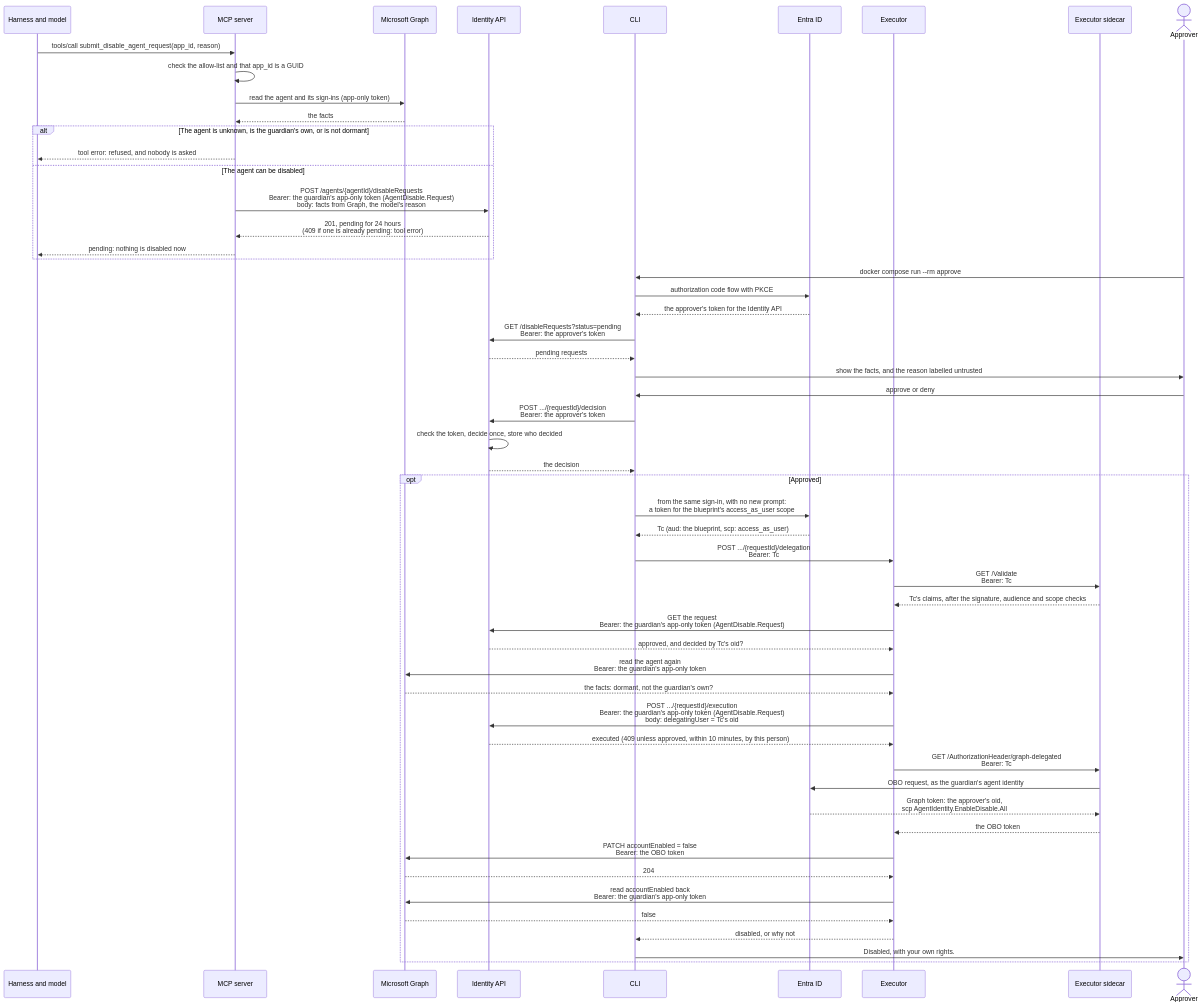
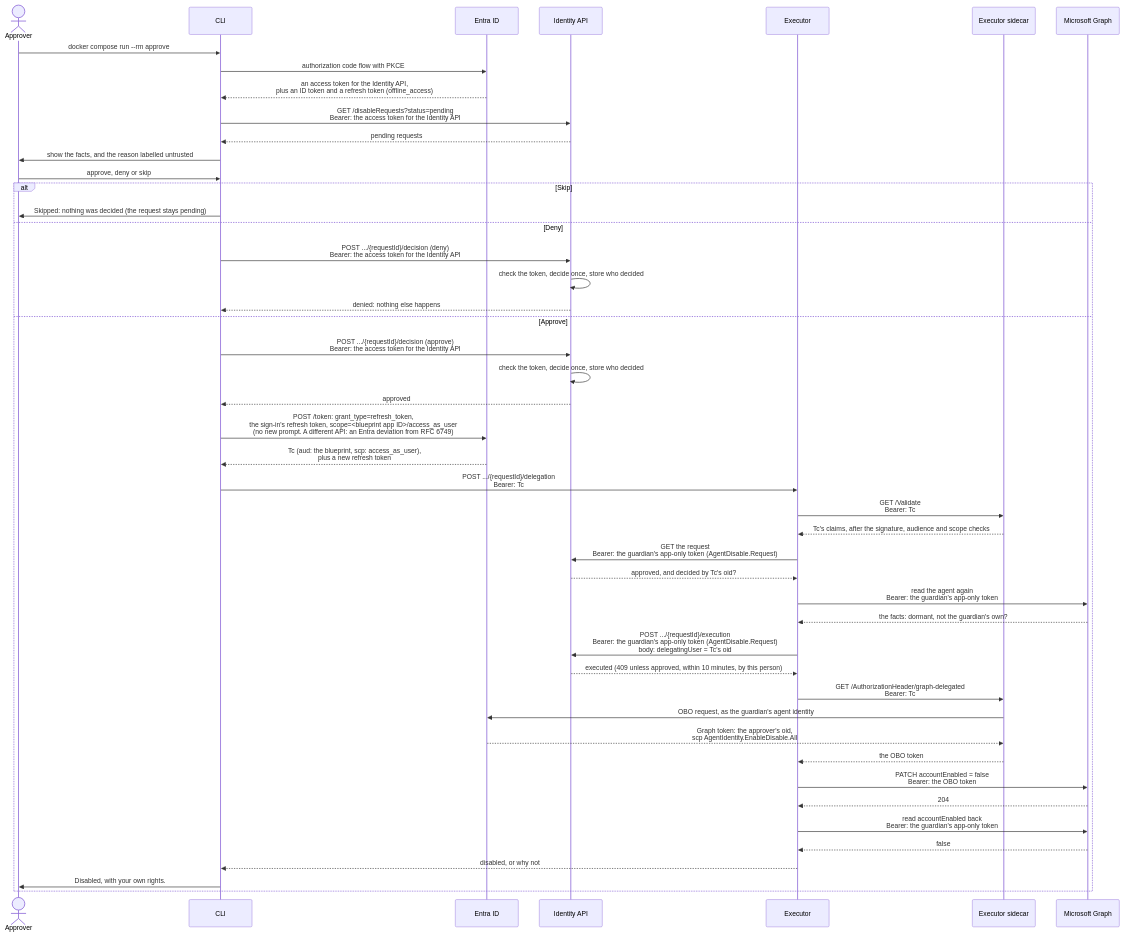
One commit to alireza-mpr/agent-steward changed the third of 4 diagrams in docs/agent-steward-architecture.md. Above: the diagram before and after it, drawn with Mermaid. The commit also changed other lines of this file and 18 other files, not shown here.

First line of the commit message:
docs: the two phases, every token by name, and the refresh token deviation

````diff
--- a/docs/agent-steward-architecture.md
+++ b/docs/agent-steward-architecture.md
@@ -175,59 +218,51 @@
 ```mermaid
 sequenceDiagram
-    participant H as Harness and model
-    participant M as MCP server
-    participant G as Microsoft Graph
-    participant A as Identity API
+    actor P as Approver
     participant C as CLI
     participant E as Entra ID
+    participant A as Identity API
     participant X as Executor
     participant S as Executor sidecar
-    actor P as Approver
-
-    H->>M: tools/call submit_disable_agent_request(app_id, reason)
-    M->>M: check the allow-list and that app_id is a GUID
-    M->>G: read the agent and its sign-ins (app-only token)
-    G-->>M: the facts
-    alt The agent is unknown, is the guardian's own, or is not dormant
-        M-->>H: tool error: refused, and nobody is asked
-    else The agent can be disabled
-        M->>A: POST /agents/{agentId}/disableRequests<br/>Bearer: the guardian's app-only token (AgentDisable.Request)<br/>body: facts from Graph, the model's reason
-        A-->>M: 201, pending for 24 hours<br/>(409 if one is already pending: tool error)
-        M-->>H: pending: nothing is disabled now
-    end
+    participant G as Microsoft Graph
 
     P->>C: docker compose run --rm approve
     C->>E: authorization code flow with PKCE
-    E-->>C: the approver's token for the Identity API
-    C->>A: GET /disableRequests?status=pending<br/>Bearer: the approver's token
+    E-->>C: an access token for the Identity API,<br/>plus an ID token and a refresh token (offline_access)
+    C->>A: GET /disableRequests?status=pending<br/>Bearer: the access token for the Identity API
     A-->>C: pending requests
     C->>P: show the facts, and the reason labelled untrusted
-    P->>C: approve or deny
-    C->>A: POST .../{requestId}/decision<br/>Bearer: the approver's token
-    A->>A: check the token, decide once, store who decided
-    A-->>C: the decision
+    P->>C: approve, deny or skip
 
-    opt Approved
-        C->>E: from the same sign-in, with no new prompt:<br/>a token for the blueprint's access_as_user scope
-        E-->>C: Tc (aud: the blueprint, scp: access_as_user)
+    alt Skip
+        C->>P: Skipped: nothing was decided (the request stays pending)
+    else Deny
+        C->>A: POST .../{requestId}/decision (deny)<br/>Bearer: the access token for the Identity API
+        A->>A: check the token, decide once, store who decided
+        A-->>C: denied: nothing else happens
+    else Approve
+        C->>A: POST .../{requestId}/decision (approve)<br/>Bearer: the access token for the Identity API
+        A->>A: check the token, decide once, store who decided
+        A-->>C: approved
+        C->>E: POST /token: grant_type=refresh_token,<br/>the sign-in's refresh token, scope=#lt;blueprint app ID#gt;/access_as_user<br/>(no new prompt. A different API: an Entra deviation from RFC 6749)
+        E-->>C: Tc (aud: the blueprint, scp: access_as_user),<br/>plus a new refresh token
         C->>X: POST .../{requestId}/delegation<br/>Bearer: Tc
         X->>S: GET /Validate<br/>Bearer: Tc
         S-->>X: Tc's claims, after the signature, audience and scope checks
         X->>A: GET the request<br/>Bearer: the guardian's app-only token (AgentDisable.Request)
         A-->>X: approved, and decided by Tc's oid?
         X->>G: read the agent again<br/>Bearer: the guardian's app-only token
         G-->>X: the facts: dormant, not the guardian's own?
         X->>A: POST .../{requestId}/execution<br/>Bearer: the guardian's app-only token (AgentDisable.Request)<br/>body: delegatingUser = Tc's oid
         A-->>X: executed (409 unless approved, within 10 minutes, by this person)
         X->>S: GET /AuthorizationHeader/graph-delegated<br/>Bearer: Tc
         S->>E: OBO request, as the guardian's agent identity
         E-->>S: Graph token: the approver's oid,<br/>scp AgentIdentity.EnableDisable.All
         S-->>X: the OBO token
         X->>G: PATCH accountEnabled = false<br/>Bearer: the OBO token
         G-->>X: 204
         X->>G: read accountEnabled back<br/>Bearer: the guardian's app-only token
         G-->>X: false
         X-->>C: disabled, or why not
         C->>P: Disabled, with your own rights.
     end
 ```
````
